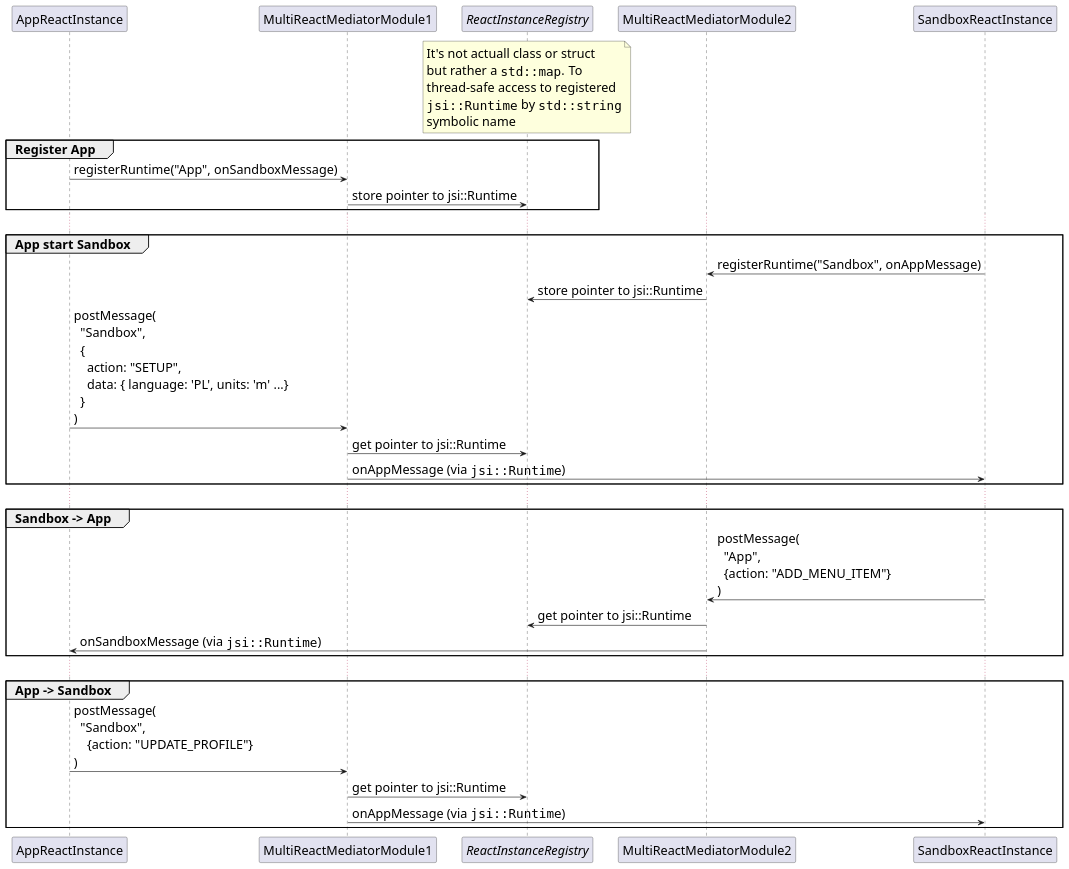
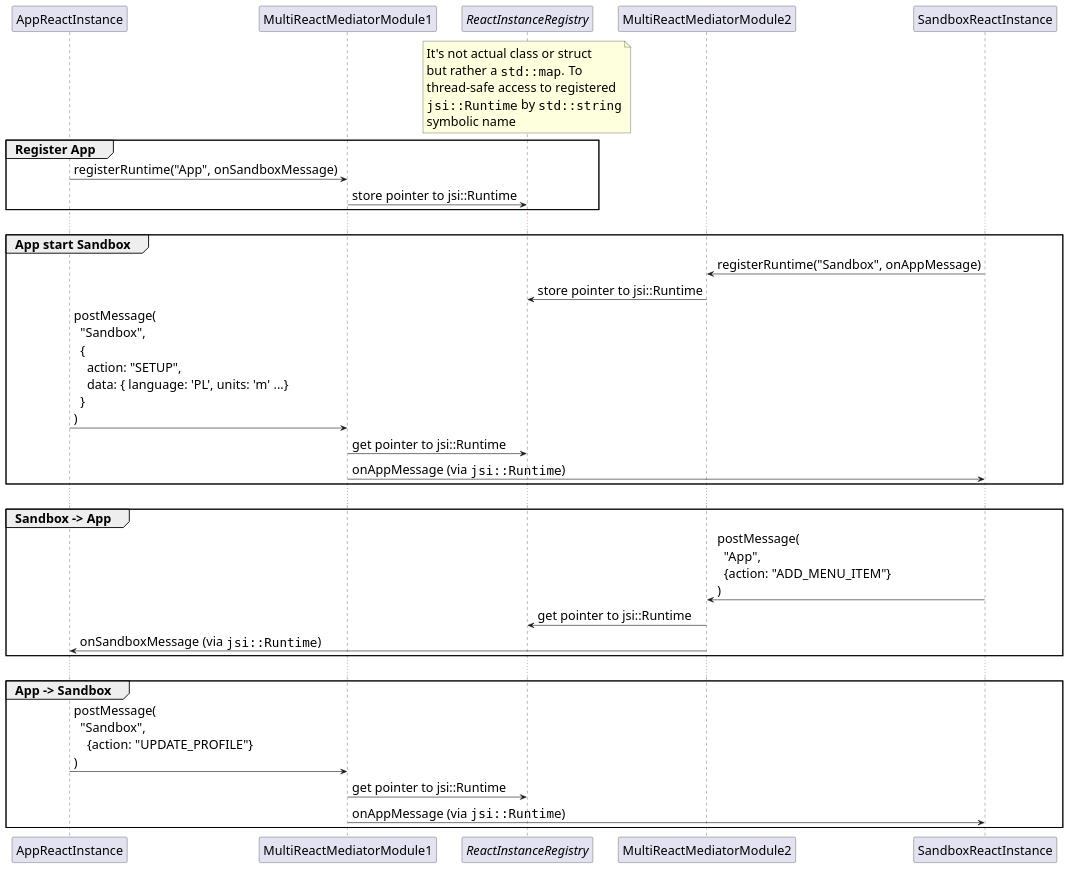
One commit to callstackincubator/react-native-sandbox changed the diagram in docs/communication-turbo-modules.plantuml. Above: the diagram before and after it, drawn with PlantUML. The commit also changed 1 other file, not shown here.

```diff
--- a/docs/communication-turbo-modules.plantuml
+++ b/docs/communication-turbo-modules.plantuml
@@ -1,61 +1,61 @@
 @startuml
 
 skinparam DefaultFontSize 21
 
 participant AppReactInstance
 participant MultiReactMediatorModule1
 
 participant "//ReactInstanceRegistry//" as ReactInstanceRegistry
 
 participant MultiReactMediatorModule2
 participant SandboxReactInstance
 
 note over ReactInstanceRegistry
-  It's not actuall class or struct
+  It's not actual class or struct
   but rather a ""std::map"". To
   thread-safe access to registered
   ""jsi::Runtime"" by ""std::string""
   symbolic name
 end note
 
 group Register App
 
 AppReactInstance -> MultiReactMediatorModule1 : registerRuntime("App", onSandboxMessage)
 MultiReactMediatorModule1 -> ReactInstanceRegistry : store pointer to jsi::Runtime
 
 end
 
 ...
 
 group App start Sandbox
 
 SandboxReactInstance -> MultiReactMediatorModule2 : registerRuntime("Sandbox", onAppMessage)
 MultiReactMediatorModule2 -> ReactInstanceRegistry : store pointer to jsi::Runtime
 
 AppReactInstance -> MultiReactMediatorModule1 : postMessage(\n  "Sandbox",\n  {\n    action: "SETUP",\n    data: { language: 'PL', units: 'm' ...}\n  }\n)
 MultiReactMediatorModule1 -> ReactInstanceRegistry : get pointer to jsi::Runtime
 MultiReactMediatorModule1 -> SandboxReactInstance: onAppMessage (via ""jsi::Runtime"")
 
 end
 
 ...
 
 group Sandbox -> App
 
 SandboxReactInstance -> MultiReactMediatorModule2 : postMessage(\n  "App",\n  {action: "ADD_MENU_ITEM"}\n)
 MultiReactMediatorModule2 -> ReactInstanceRegistry : get pointer to jsi::Runtime
 MultiReactMediatorModule2 -> AppReactInstance: onSandboxMessage (via ""jsi::Runtime"")
 
 end
 
 ...
 
 group App -> Sandbox
 
 AppReactInstance -> MultiReactMediatorModule1 : postMessage(\n  "Sandbox",\n    {action: "UPDATE_PROFILE"}\n)
 MultiReactMediatorModule1 -> ReactInstanceRegistry : get pointer to jsi::Runtime
 MultiReactMediatorModule1 -> SandboxReactInstance: onAppMessage (via ""jsi::Runtime"")
 
 end
 
 @enduml
```
